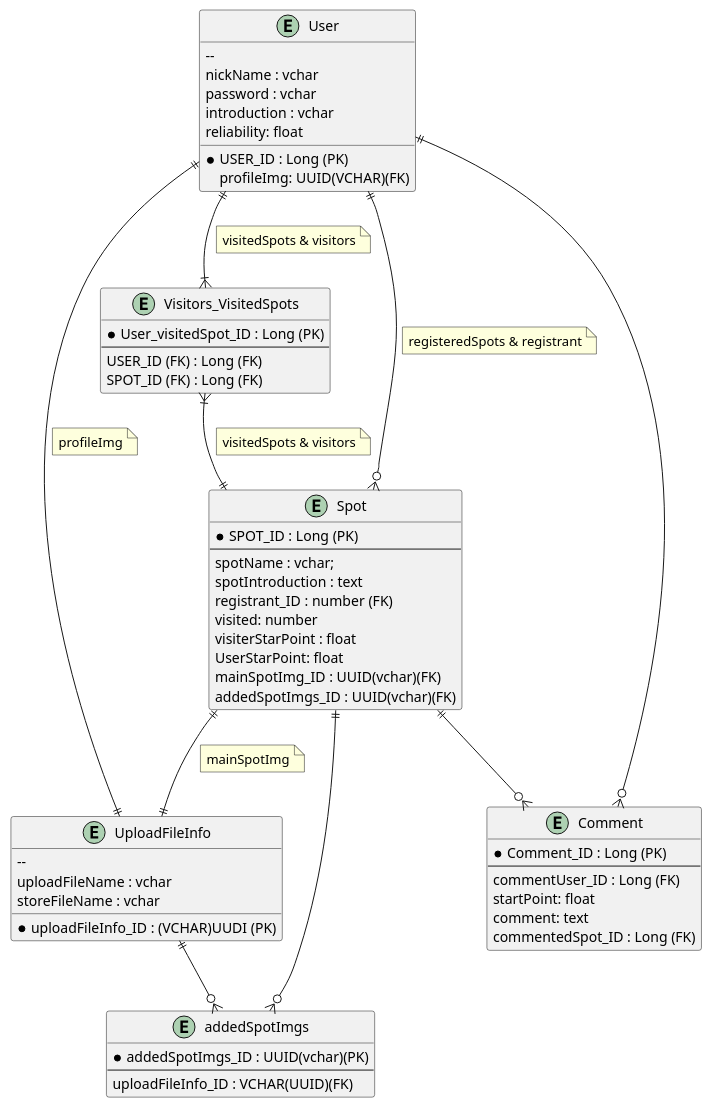
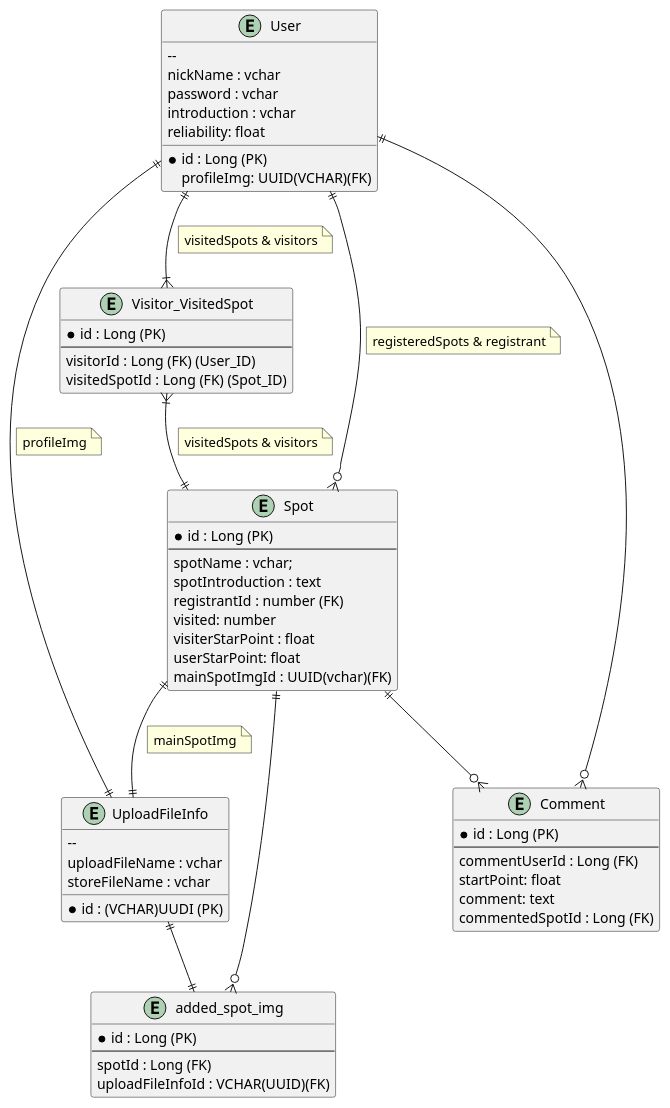
The diagram in uml/outShef_ERDiagram.wsd (jansegety/ourShef), drawn with PlantUML before and after one commit. The commit also changed 16 other files, not shown here.

Commit message:
AddedSpotImg UploadFileInfo VisitorVisitedSpot ERdiagram Update

```diff
--- a/uml/outShef_ERDiagram.wsd
+++ b/uml/outShef_ERDiagram.wsd
@@ -1,84 +1,84 @@
 @startuml
 
 entity User {
-*USER_ID : Long (PK)
+*id : Long (PK)
   --
 nickName : vchar
 password : vchar
 introduction : vchar
 reliability: float
 profileImg: UUID(VCHAR)(FK) 
 }
 
-entity Visitors_VisitedSpots {
-  *User_visitedSpot_ID : Long (PK)
+entity Visitor_VisitedSpot {
+  *id : Long (PK)
   --
-  USER_ID (FK) : Long (FK)
-  SPOT_ID (FK) : Long (FK)
+  visitorId : Long (FK) (User_ID)
+  visitedSpotId : Long (FK) (Spot_ID)
 }
 
 entity Spot {
-  *SPOT_ID : Long (PK)
+  *id : Long (PK)
   --
   spotName : vchar;
   spotIntroduction : text
-  registrant_ID : number (FK)
+  registrantId : number (FK)
   visited: number
   visiterStarPoint : float 
-  UserStarPoint: float
-  mainSpotImg_ID : UUID(vchar)(FK) 
-  addedSpotImgs_ID : UUID(vchar)(FK)
+  userStarPoint: float
+  mainSpotImgId : UUID(vchar)(FK) 
 }
 
 
 entity UploadFileInfo {
-*uploadFileInfo_ID : (VCHAR)UUDI (PK)
+*id : (VCHAR)UUDI (PK)
  --
   uploadFileName : vchar
   storeFileName : vchar
 }
 
-entity addedSpotImgs {
- *addedSpotImgs_ID : UUID(vchar)(PK)
+entity added_spot_img {
+ *id : Long (PK)
  --
-  uploadFileInfo_ID : VCHAR(UUID)(FK)
+ spotId : Long (FK)
+  uploadFileInfoId : VCHAR(UUID)(FK)
 }
 
 entity Comment {
-*Comment_ID : Long (PK)
+*id : Long (PK)
 --
-commentUser_ID : Long (FK)
+commentUserId : Long (FK)
 startPoint: float
 comment: text
-commentedSpot_ID : Long (FK)
+commentedSpotId : Long (FK)
 }
 
 
 
 
 
-User ||--|{ Visitors_VisitedSpots
+User ||--|{ Visitor_VisitedSpot
 note on link : visitedSpots & visitors
 
 User ||--o{ Spot
 note on link : registeredSpots & registrant
 
-Visitors_VisitedSpots }|--|| Spot
+Visitor_VisitedSpot }|--|| Spot
 note on link : visitedSpots & visitors
 
 User ||--|| UploadFileInfo
 note on link : profileImg
 
 Spot ||--|| UploadFileInfo
 note on link : mainSpotImg
 
-Spot ||--o{ addedSpotImgs
+Spot ||--o{ added_spot_img
 
-UploadFileInfo ||--o{ addedSpotImgs
+UploadFileInfo ||--|| added_spot_img
 
 User ||--o{ Comment
 
 Spot ||--o{ Comment
 
 
 @enduml
```
